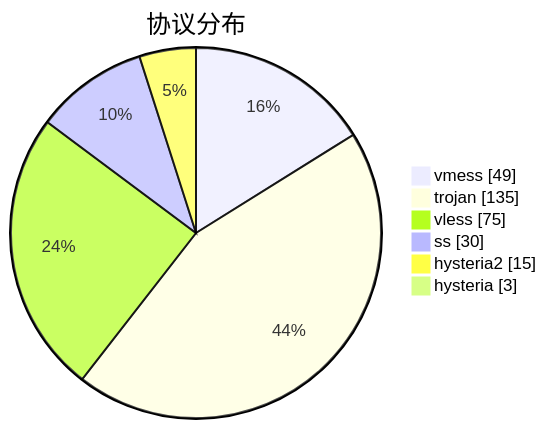
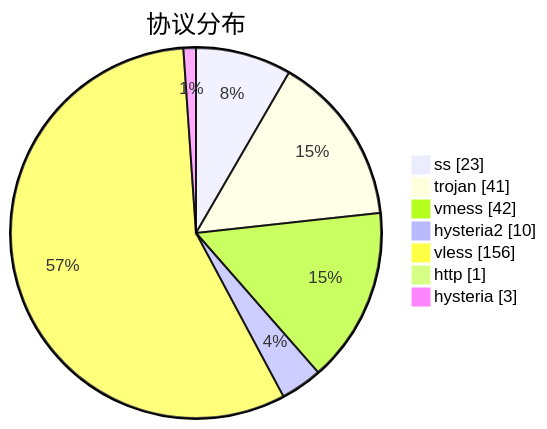
One commit to sinspired/airport changed the third of 3 diagrams in subs/statistics/tested_within.md. Above: the diagram before and after it, drawn with Mermaid. The commit also changed other lines of this file and 2 other files, not shown here.

````diff
--- a/subs/statistics/tested_within.md
+++ b/subs/statistics/tested_within.md
@@ -37,10 +42,11 @@
 ```mermaid
 pie showData
 title 协议分布
-"vmess" : 49
-"trojan" : 135
-"vless" : 75
-"ss" : 30
-"hysteria2" : 15
+"ss" : 23
+"trojan" : 41
+"vmess" : 42
+"hysteria2" : 10
+"vless" : 156
+"http" : 1
 "hysteria" : 3
 ```
````
